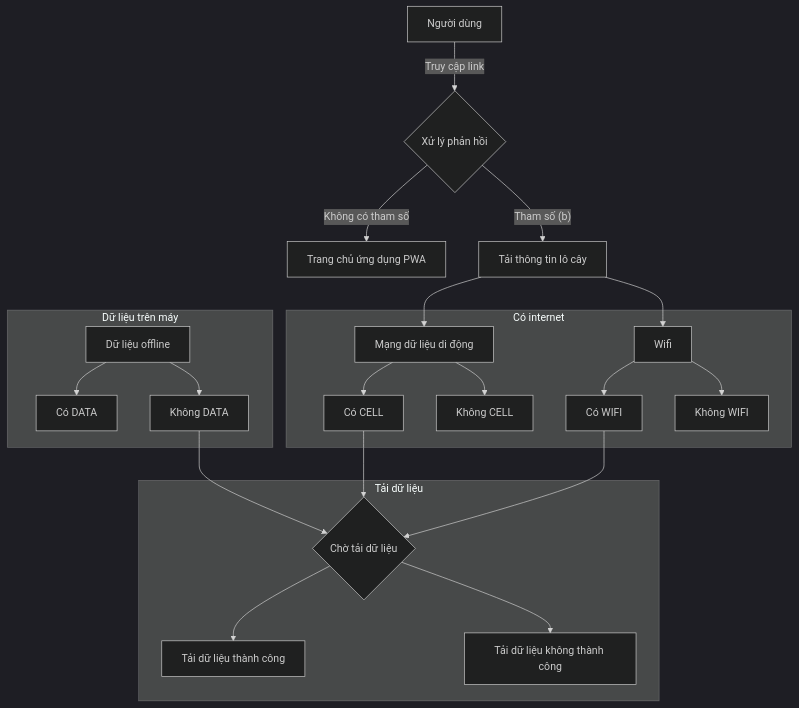
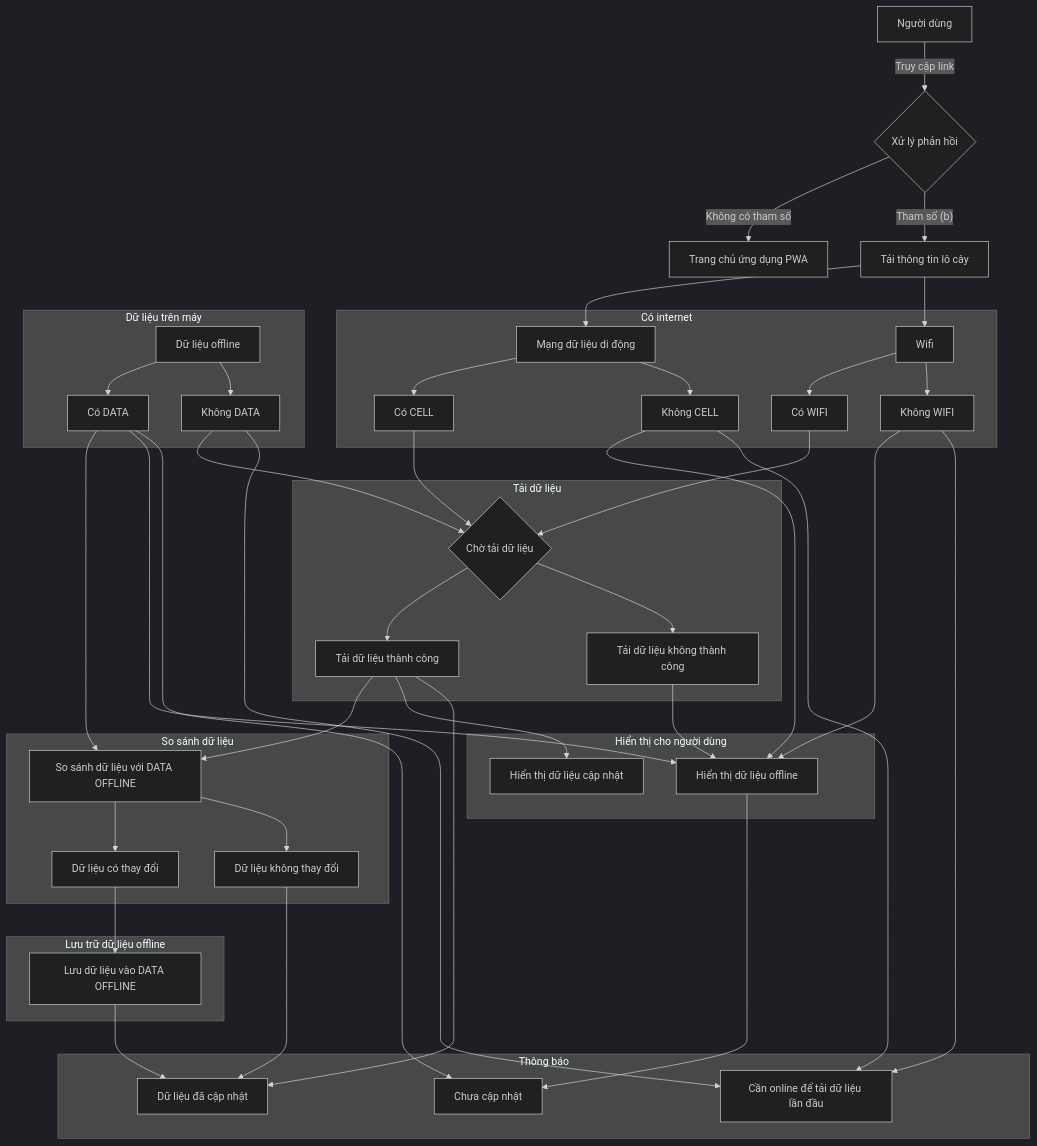
Before and after one commit to trethanhphat/tre-thanh-phat-pwa-docs: the diagram in docs/batch-check-flow.md, drawn with Mermaid (dark theme).

````diff
--- a/docs/batch-check-flow.md
+++ b/docs/batch-check-flow.md
@@ -1,39 +1,78 @@
 ```mermaid
 flowchart TD
 
 USER["Người dùng"] --> |"Truy cập link"| REDIRECT{Xử lý phản hồi}
 
 REDIRECT -->|"Không có tham số"| APP-HOME["Trang chủ ứng dụng PWA"]
 
 REDIRECT -->|"Tham số (b)"| BATCH-FETCH["Tải thông tin lô cây"]
 
 BATCH-FETCH --> CELL
 BATCH-FETCH --> WIFI
 
 subgraph INTERNET["Có internet"]
 CELL["Mạng dữ liệu di động"]
     CELL --> CELL-Y["Có CELL"]
     CELL --> CELL-N["Không CELL"]
 WIFI["Wifi"]
     WIFI --> WIFI-Y["Có WIFI"]
     WIFI --> WIFI-N["Không WIFI"]
 end
 
 subgraph LOCAL["Dữ liệu trên máy"]
 DATA["Dữ liệu offline"]
     DATA --> DATA-Y["Có DATA"]
     DATA --> DATA-N["Không DATA"]
 end
 
 subgraph FETCH["Tải dữ liệu"]
 WAIT{"Chờ tải dữ liệu"}
     WIFI-Y --> WAIT
     CELL-Y --> WAIT
     DATA-N --> WAIT
 
     WAIT --> FETCH-Y["Tải dữ liệu thành công"]
     WAIT --> FETCH-N["Tải dữ liệu không thành công"]
+end
 
+subgraph COMPARE-MANAGER["So sánh dữ liệu"]
+COMPARE["So sánh dữ liệu với DATA OFFLINE"]
+    DATA-Y --> COMPARE
+    FETCH-Y --> COMPARE
 
+    COMPARE --> COMPARE-Y["Dữ liệu có thay đổi"]
+    COMPARE --> COMPARE-N["Dữ liệu không thay đổi"]
+end
+
+subgraph SAVE-MANAGER["Lưu trữ dữ liệu offline"]
+SAVE["Lưu dữ liệu vào DATA OFFLINE"]
+    COMPARE-Y --> SAVE
+end
+
+subgraph DISPLAY["Hiển thị cho người dùng"]
+ONLINE["Hiển thị dữ liệu cập nhật"]
+    FETCH-Y --> ONLINE
+
+OFFLINE["Hiển thị dữ liệu offline"]
+    WIFI-N --> OFFLINE
+    CELL-N --> OFFLINE
+    DATA-Y --> OFFLINE
+    FETCH-N --> OFFLINE
+end
+
+subgraph NOTIFICATION["Thông báo"]
+EMPTY["Cần online để tải dữ liệu lần đầu"]
+    WIFI-N --> EMPTY
+    CELL-N --> EMPTY
+    DATA-N --> EMPTY
+
+SUCCESS["Dữ liệu đã cập nhật"]
+    FETCH-Y --> SUCCESS
+    SAVE --> SUCCESS
+    COMPARE-N --> SUCCESS
+
+FAIL["Chưa cập nhật"]
+    DATA-Y --> FAIL
+    OFFLINE --> FAIL
 end
 ```
````
